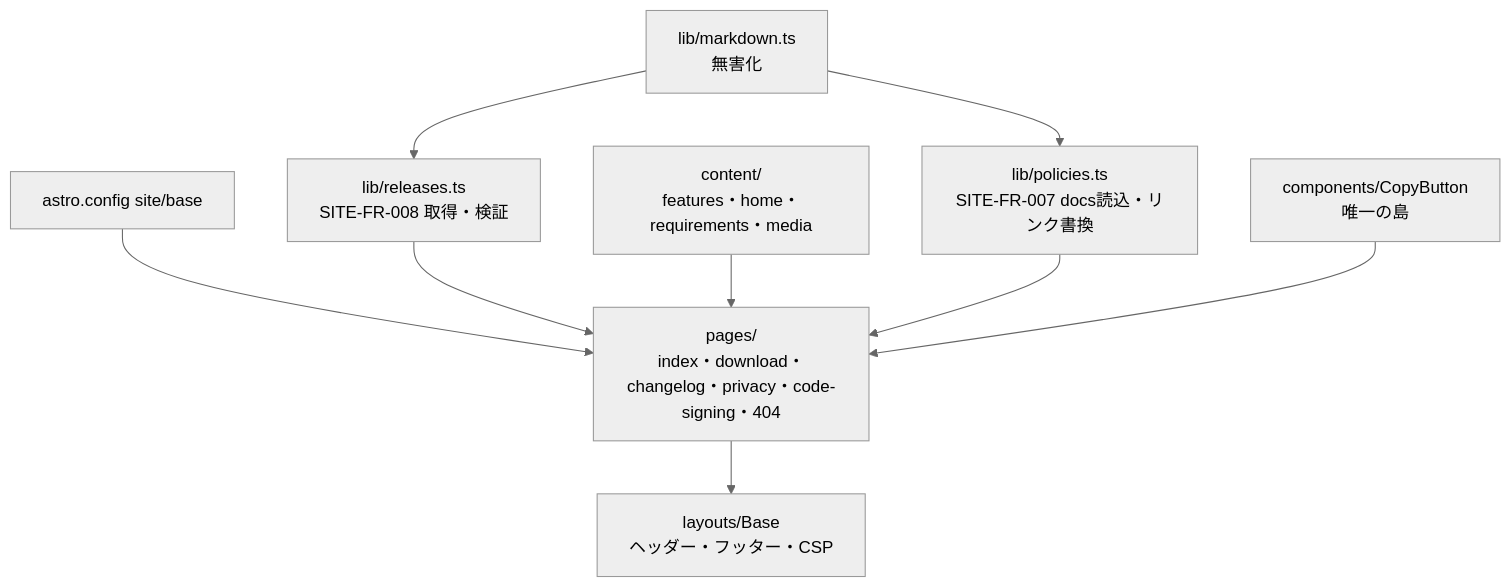
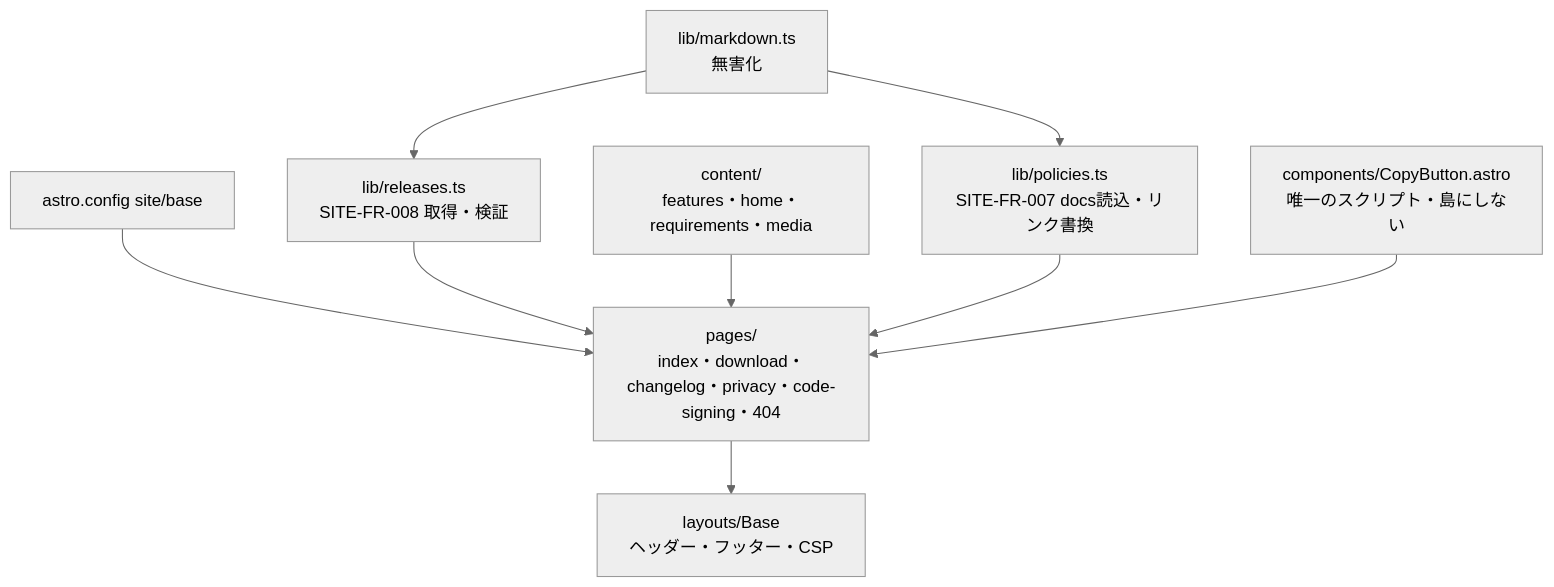
One commit to itiwoja/DC-Designer changed the third of 3 diagrams in docs/design/07_architecture.md. Above: the diagram before and after it, drawn with Mermaid (neutral theme). The commit also changed other lines of this file and 13 other files, not shown here.

````diff
--- a/docs/design/07_architecture.md
+++ b/docs/design/07_architecture.md
@@ -57,11 +57,11 @@
 ```mermaid
 flowchart TB
   CFG[astro.config site/base] --> PAGES
   LR[lib/releases.ts<br>SITE-FR-008 取得・検証] --> PAGES[pages/<br>index・download・changelog・privacy・code-signing・404]
   CC[content/<br>features・home・requirements・media] --> PAGES
   POL[lib/policies.ts<br>SITE-FR-007 docs読込・リンク書換] --> PAGES
   MD[lib/markdown.ts<br>無害化] --> LR
   MD --> POL
   PAGES --> LAY[layouts/Base<br>ヘッダー・フッター・CSP]
-  ISL[components/CopyButton<br>唯一の島] --> PAGES
+  ISL[components/CopyButton.astro<br>唯一のスクリプト・島にしない] --> PAGES
 ```
````
